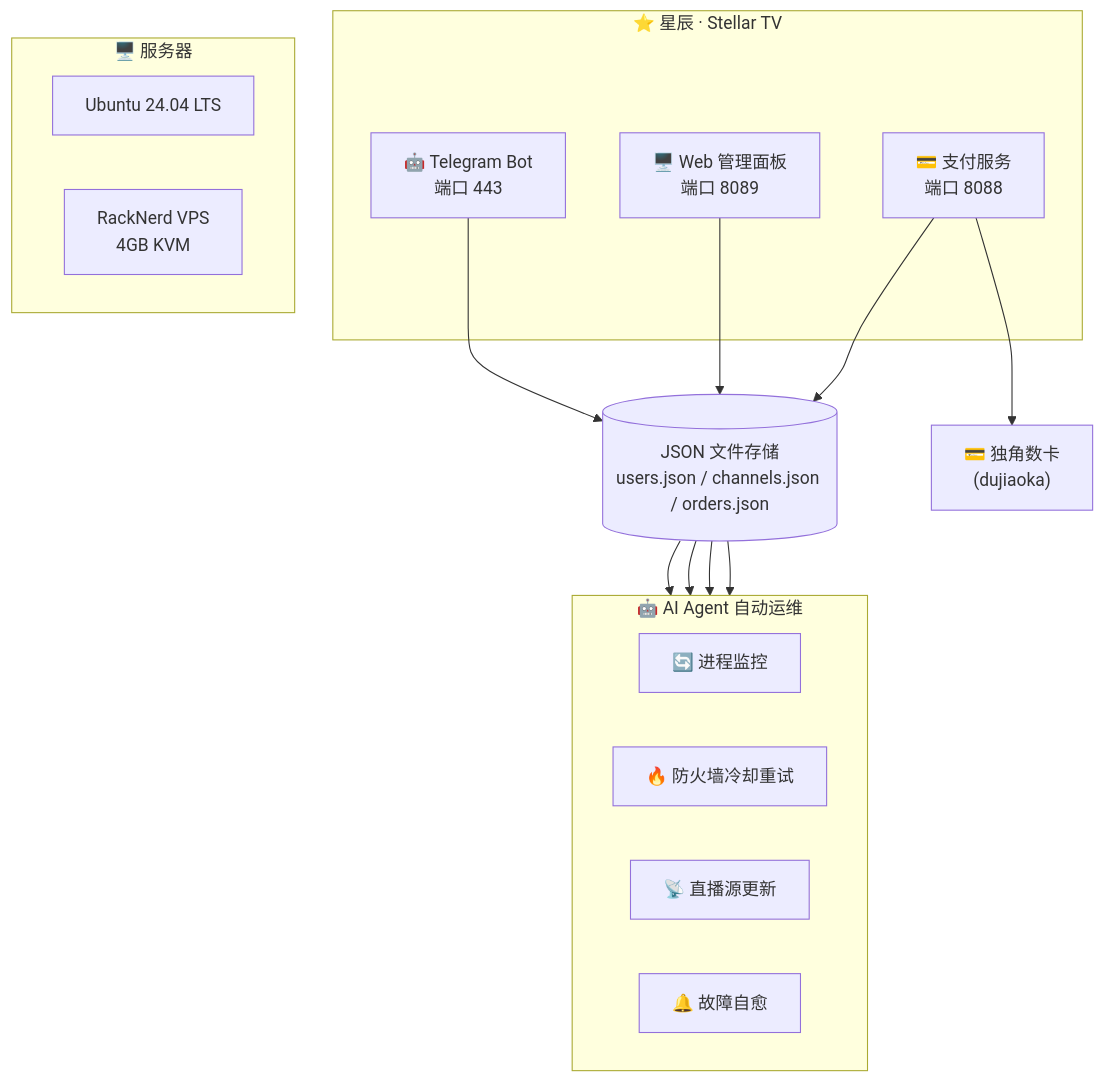
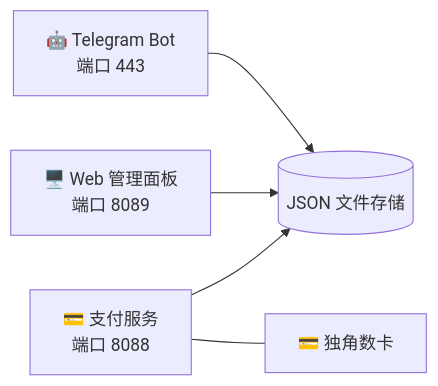
The diagram in README.md (xkmuzili/starchen-iptv), drawn with Mermaid before and after one commit. The commit also changed other lines of this file and 4 other files, not shown here.

Commit message:
🎨 精简README排版：简化架构图、移除前台面板引用、精简项目数据

````diff
--- a/README.md
+++ b/README.md
@@ -130,33 +130,12 @@
 ```mermaid
-graph TB
-    subgraph StellarTV["⭐ 星辰 · Stellar TV"]
-        Bot["🤖 Telegram Bot<br/>端口 443"]
-        Web["🖥️ Web 管理面板<br/>端口 8089"]
-        Pay["💳 支付服务<br/>端口 8088"]
-    end
+graph LR
+    Bot["🤖 Telegram Bot<br/>端口 443"]
+    Web["🖥️ Web 管理面板<br/>端口 8089"]
+    Pay["💳 支付服务<br/>端口 8088"]
+    DB[("JSON 文件存储")]
+    Pay --- PG["💳 独角数卡"]
 
-    Bot --> DB[("JSON 文件存储<br/>users.json / channels.json / orders.json")]
+    Bot --> DB
     Web --> DB
     Pay --> DB
-
-    Pay --> PG["💳 独角数卡<br/>(dujiaoka)"]
-
-    subgraph Server["🖥️ 服务器"]
-        direction LR
-        OS["Ubuntu 24.04 LTS"]
-        VPS["RackNerd VPS<br/>4GB KVM"]
-    end
-
-    subgraph AIAgent["🤖 AI Agent 自动运维"]
-        direction LR
-        E["🔄 进程监控"]
-        F["🔥 防火墙冷却重试"]
-        G["📡 直播源更新"]
-        H["🔔 故障自愈"]
-    end
-
-    DB --> E
-    DB --> F
-    DB --> G
-    DB --> H
 ```
````
